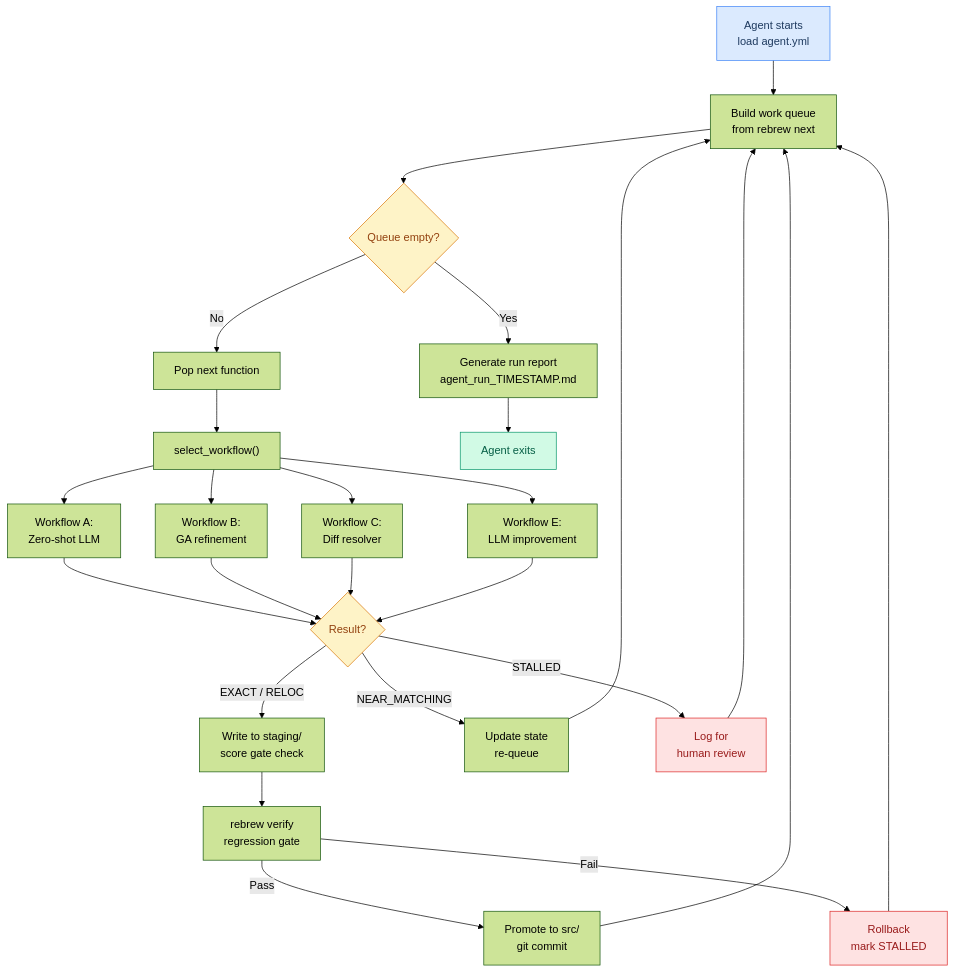
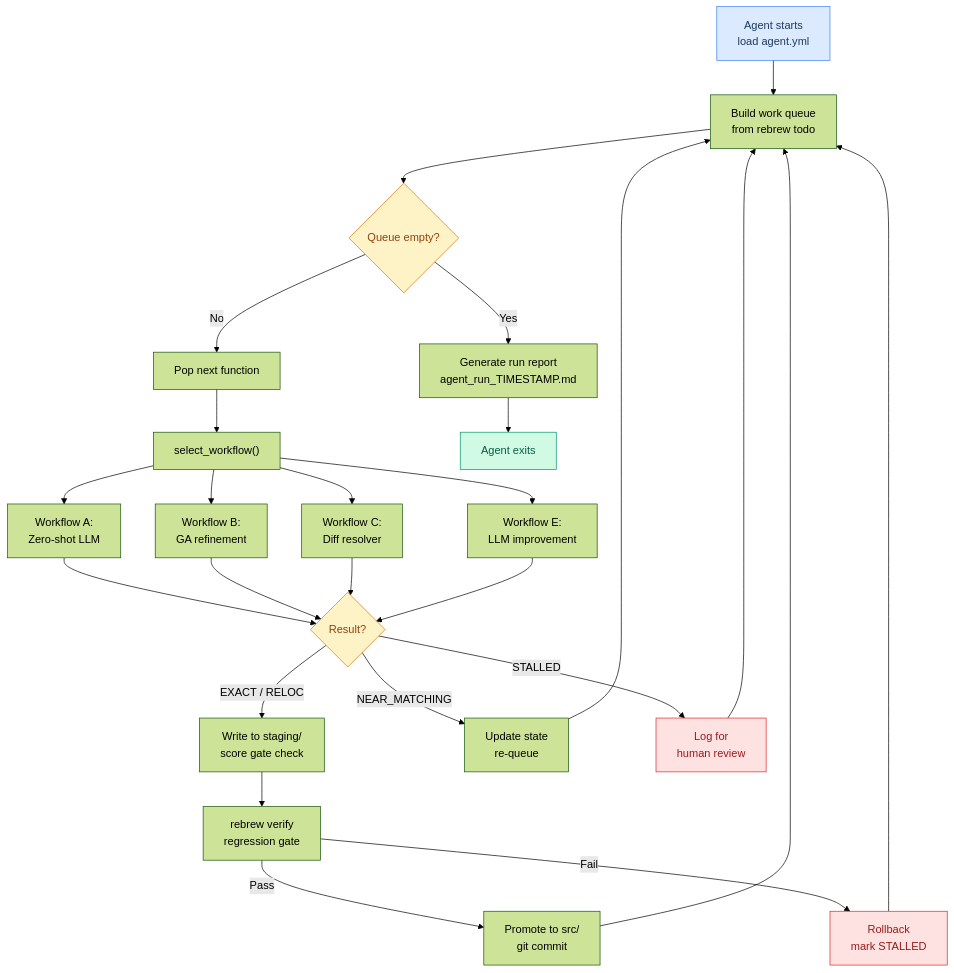
Before and after one commit to maci0/rebrew: the seventh of 16 diagrams in docs/USER_STORIES.md, drawn with Mermaid (forest theme). The commit also changed other lines of this file and 3 other files, not shown here.

First line of the commit message:
docs: replace ghost commands rebrew next/promote with current equivalents (A3)

````diff
--- a/docs/USER_STORIES.md
+++ b/docs/USER_STORIES.md
@@ -220,39 +220,39 @@
 ```mermaid
 graph TD
-    Start["Agent starts<br/>load agent.yml"] --> Queue["Build work queue<br/>from rebrew next"]
+    Start["Agent starts<br/>load agent.yml"] --> Queue["Build work queue<br/>from rebrew todo"]
     Queue --> Empty{"Queue empty?"}
     Empty -->|Yes| Report["Generate run report<br/>agent_run_TIMESTAMP.md"]
     Empty -->|No| Pop["Pop next function"]
     Pop --> Select["select_workflow()"]
 
     Select --> WA["Workflow A:<br/>Zero-shot LLM"]
     Select --> WB["Workflow B:<br/>GA refinement"]
     Select --> WC["Workflow C:<br/>Diff resolver"]
     Select --> WE["Workflow E:<br/>LLM improvement"]
 
     WA --> Result{"Result?"}
     WB --> Result
     WC --> Result
     WE --> Result
 
     Result -->|"EXACT / RELOC"| Stage["Write to staging/<br/>score gate check"]
     Result -->|NEAR_MATCHING| Requeue["Update state<br/>re-queue"]
     Result -->|STALLED| Log["Log for<br/>human review"]
 
     Stage --> Regression["rebrew verify<br/>regression gate"]
     Regression -->|Pass| Commit["Promote to src/<br/>git commit"]
     Regression -->|Fail| Rollback["Rollback<br/>mark STALLED"]
 
     Commit --> Queue
     Rollback --> Queue
     Requeue --> Queue
     Log --> Queue
     Report --> Done["Agent exits"]
 
     style Start fill:#dbeafe,stroke:#3b82f6,color:#1e3a5f
     style Done fill:#d1fae5,stroke:#059669,color:#065f46
     style Log fill:#fee2e2,stroke:#dc2626,color:#991b1b
     style Rollback fill:#fee2e2,stroke:#dc2626,color:#991b1b
     style Empty fill:#fef3c7,stroke:#d97706,color:#92400e
     style Result fill:#fef3c7,stroke:#d97706,color:#92400e
 ```
````
